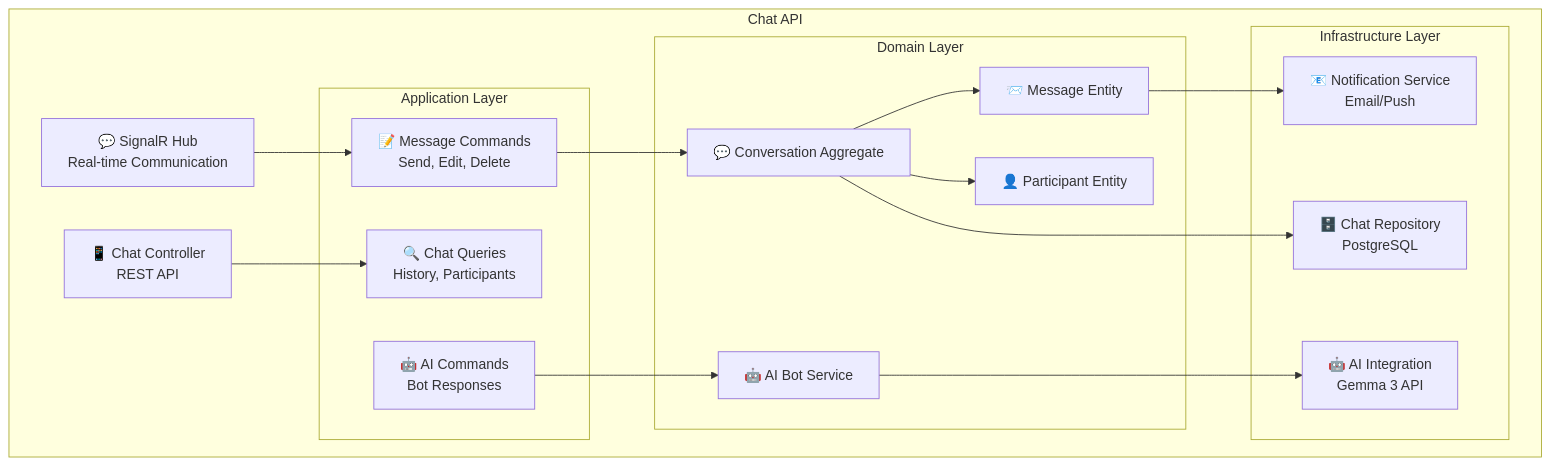
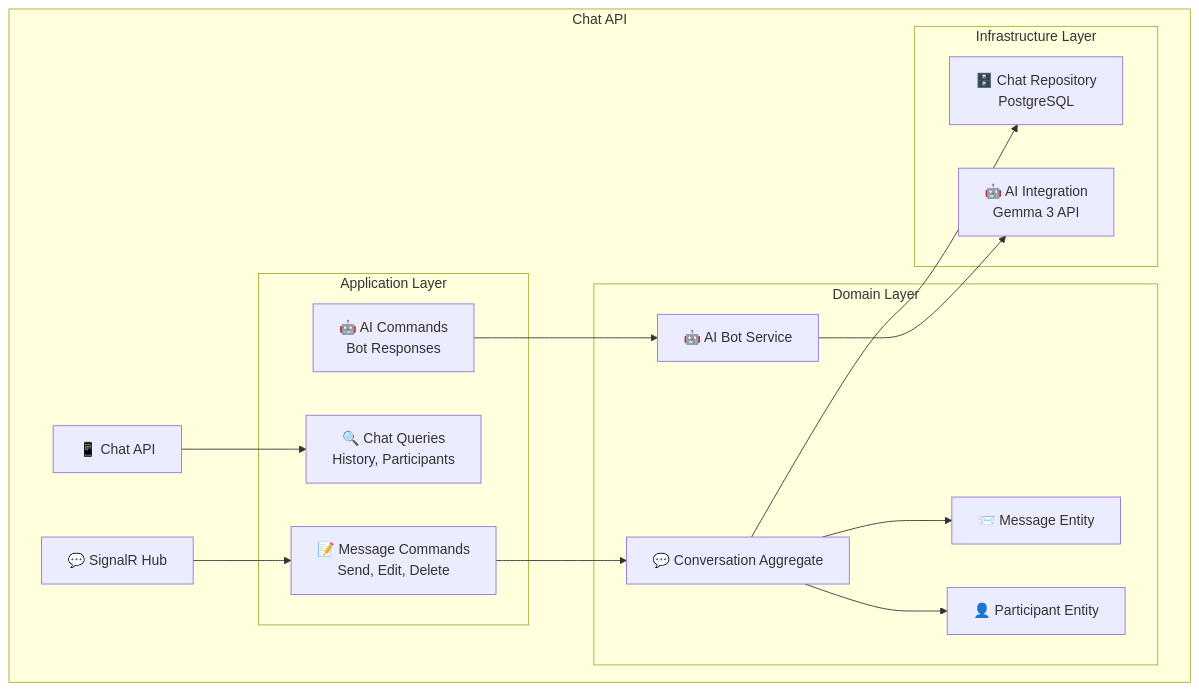
Before and after one commit to foxminchan/BookWorm: the fourth of 4 diagrams in docs/src/architecture/05-building-block-view.md, drawn with Mermaid. The commit also changed other lines of this file and 29 other files, not shown here.

First line of the commit message:
feat(docs): Enhance architecture documentation with ADRs and detailed sections

````diff
--- a/docs/src/architecture/05-building-block-view.md
+++ b/docs/src/architecture/05-building-block-view.md
@@ -203,36 +226,37 @@
 ```mermaid
 graph TB
     subgraph "Chat API"
-        ChatHub[💬 SignalR Hub<br/>Real-time Communication]
-        ChatController[📱 Chat Controller<br/>REST API]
-        
+        ChatHub[💬 SignalR Hub]
+        ChatAPI[📱 Chat API]
+
         subgraph "Application Layer"
             MessageCommands[📝 Message Commands<br/>Send, Edit, Delete]
             AICommands[🤖 AI Commands<br/>Bot Responses]
             ChatQueries[🔍 Chat Queries<br/>History, Participants]
         end
-        
+
         subgraph "Domain Layer"
             Conversation[💬 Conversation Aggregate]
             Message[📨 Message Entity]
             Participant[👤 Participant Entity]
             AIBot[🤖 AI Bot Service]
         end
-        
+
         subgraph "Infrastructure Layer"
             ChatRepo[🗄️ Chat Repository<br/>PostgreSQL]
             AIIntegration[🤖 AI Integration<br/>Gemma 3 API]
-            NotificationService[📧 Notification Service<br/>Email/Push]
         end
     end
-    
+
     ChatHub --> MessageCommands
-    ChatController --> ChatQueries
+    ChatAPI --> ChatQueries
     MessageCommands --> Conversation
     AICommands --> AIBot
     Conversation --> Message
     Conversation --> Participant
     AIBot --> AIIntegration
     Conversation --> ChatRepo
-    Message --> NotificationService
+
+    click ChatHub "https://bookwormdev.netlify.app/docs/services/chatservice/1.0.0/spec/openapi-v1/"
+    click ChatAPI "https://bookwormdev.netlify.app/docs/services/chatservice/1.0.0/spec/openapi-v1/"
 ```
````
